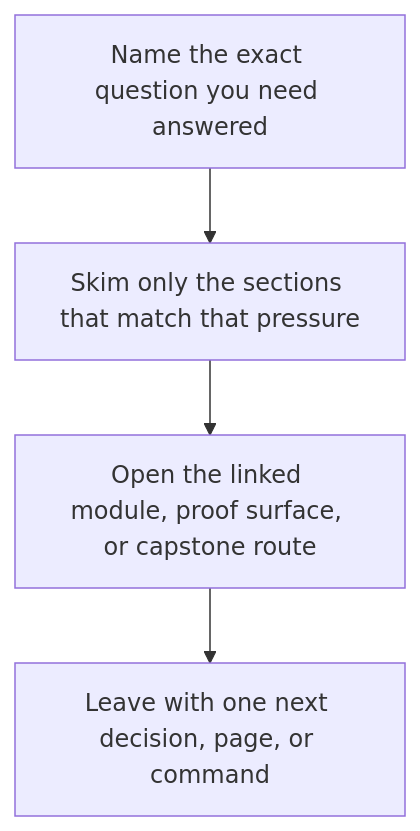
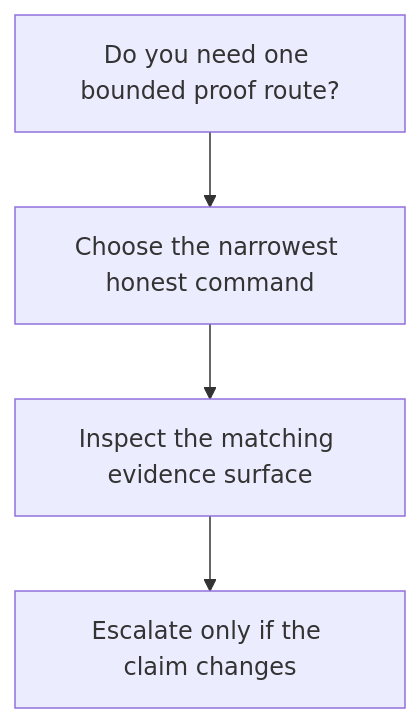
One commit to bijux/bijux-masterclass changed the second of 2 diagrams in programs/reproducible-research/deep-dive-snakemake/course-book/capstone/capstone-proof-guide.md. Above: the diagram before and after it, drawn with Mermaid. The commit also changed other lines of this file, not shown here.

Commit message:
docs(deep-dive-snakemake): bound the capstone proof route

````diff
--- a/programs/reproducible-research/deep-dive-snakemake/course-book/capstone/capstone-proof-guide.md
+++ b/programs/reproducible-research/deep-dive-snakemake/course-book/capstone/capstone-proof-guide.md
@@ -17,6 +14,6 @@
 ```mermaid
 flowchart TD
-  question["Name the exact question you need answered"] --> skim["Skim only the sections that match that pressure"]
-  skim --> crosscheck["Open the linked module, proof surface, or capstone route"]
-  crosscheck --> next_move["Leave with one next decision, page, or command"]
+  question["Do you need one bounded proof route?"] --> route["Choose the narrowest honest command"]
+  route --> inspect["Inspect the matching evidence surface"]
+  inspect --> next_move["Escalate only if the claim changes"]
 ```
````
